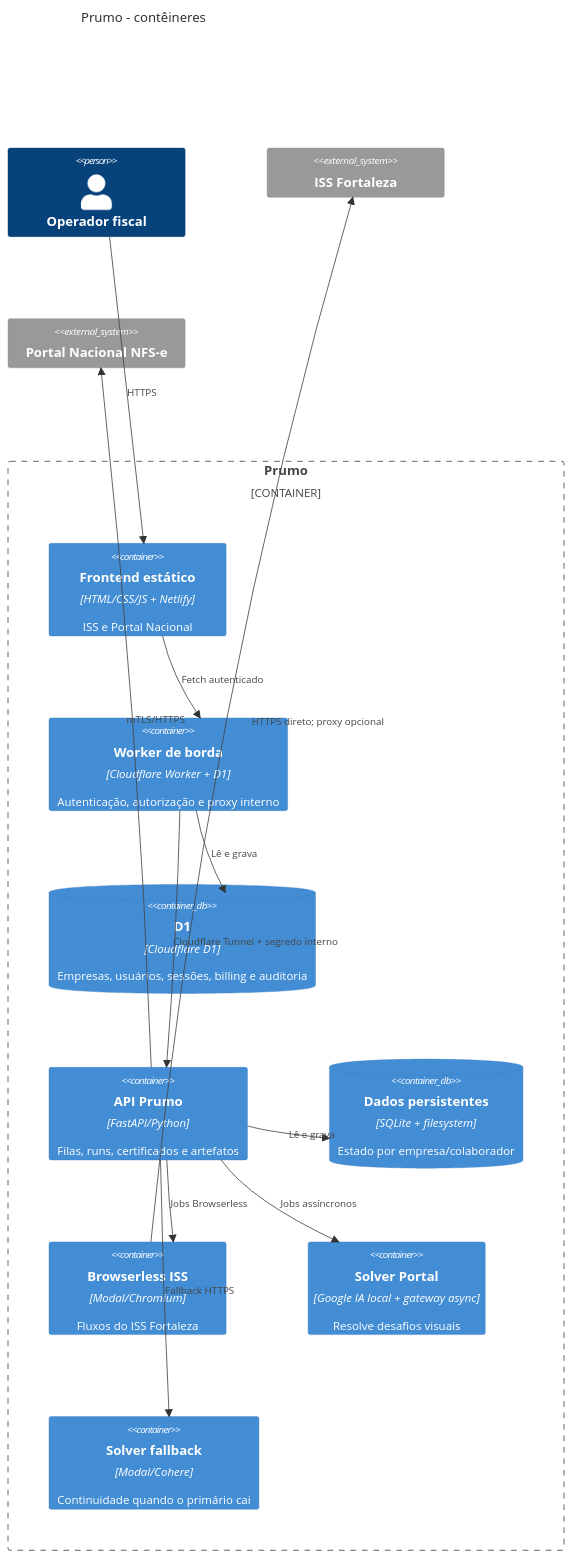
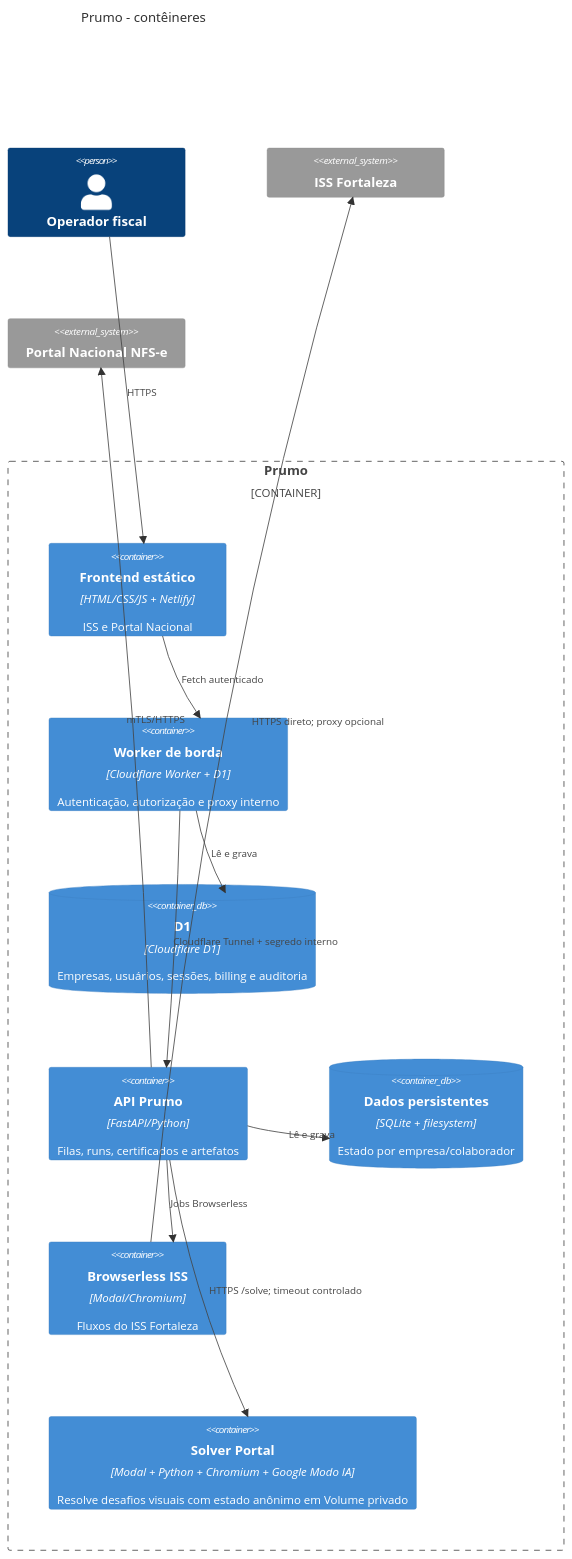
The second of 3 diagrams in docs/C4.md (prumosistemas/app), drawn with Mermaid before and after one commit. The commit also changed other lines of this file and 29 other files, not shown here.

Commit message:
Otimiza ISS e consolida Portal no Google Modo IA

````diff
--- a/docs/C4.md
+++ b/docs/C4.md
@@ -23,27 +23,25 @@
 ```mermaid
 C4Container
   title Prumo - contêineres
   Person(operador, "Operador fiscal")
   Container_Boundary(prumo, "Prumo") {
     Container(ui, "Frontend estático", "HTML/CSS/JS + Netlify", "ISS e Portal Nacional")
     Container(edge, "Worker de borda", "Cloudflare Worker + D1", "Autenticação, autorização e proxy interno")
     ContainerDb(d1, "D1", "Cloudflare D1", "Empresas, usuários, sessões, billing e auditoria")
     Container(api, "API Prumo", "FastAPI/Python", "Filas, runs, certificados e artefatos")
     ContainerDb(data, "Dados persistentes", "SQLite + filesystem", "Estado por empresa/colaborador")
     Container(browser, "Browserless ISS", "Modal/Chromium", "Fluxos do ISS Fortaleza")
-    Container(solver, "Solver Portal", "Google IA local + gateway async", "Resolve desafios visuais")
-    Container(solverFallback, "Solver fallback", "Modal/Cohere", "Continuidade quando o primário cai")
+    Container(solver, "Solver Portal", "Modal + Python + Chromium + Google Modo IA", "Resolve desafios visuais com estado anônimo em Volume privado")
   }
   System_Ext(iss, "ISS Fortaleza")
   System_Ext(nfse, "Portal Nacional NFS-e")
   Rel(operador, ui, "HTTPS")
   Rel(ui, edge, "Fetch autenticado")
   Rel(edge, d1, "Lê e grava")
   Rel(edge, api, "Cloudflare Tunnel + segredo interno")
   Rel(api, data, "Lê e grava")
   Rel(api, browser, "Jobs Browserless")
   Rel(browser, iss, "HTTPS direto; proxy opcional")
   Rel(api, nfse, "mTLS/HTTPS")
-  Rel(api, solver, "Jobs assíncronos")
-  Rel(api, solverFallback, "Fallback HTTPS")
+  Rel(api, solver, "HTTPS /solve; timeout controlado")
 ```
````
